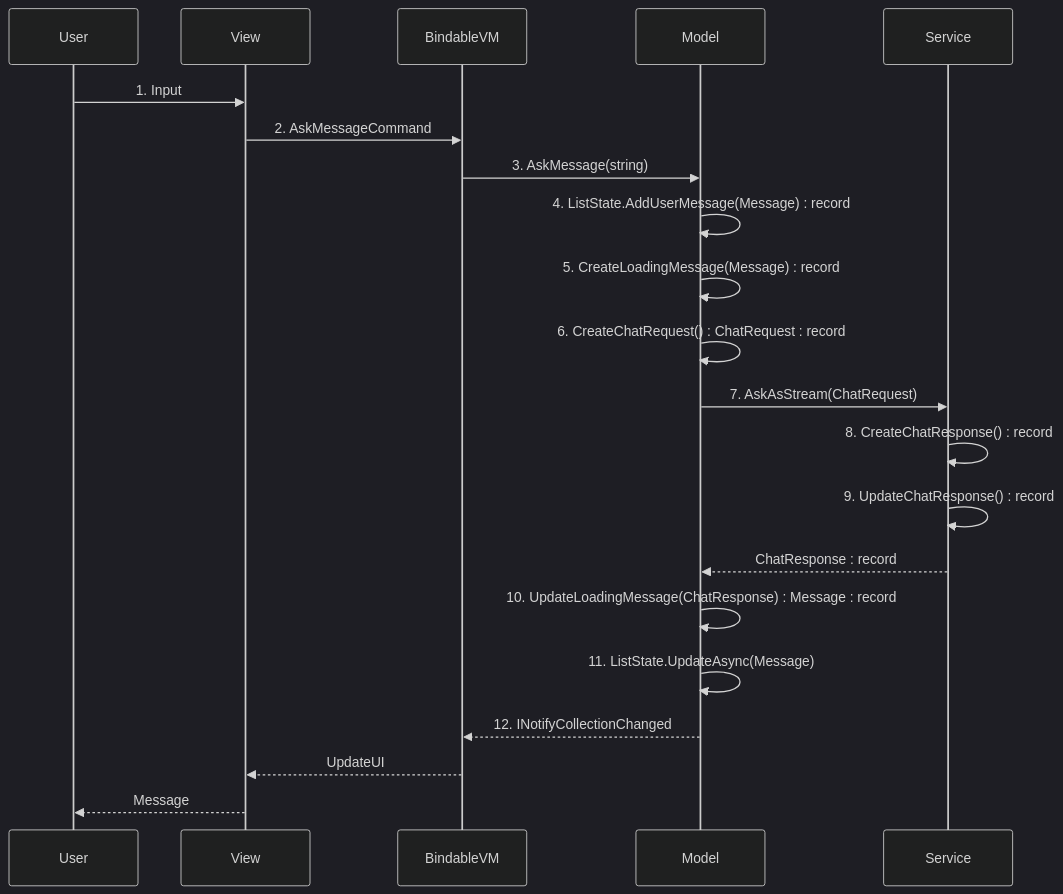
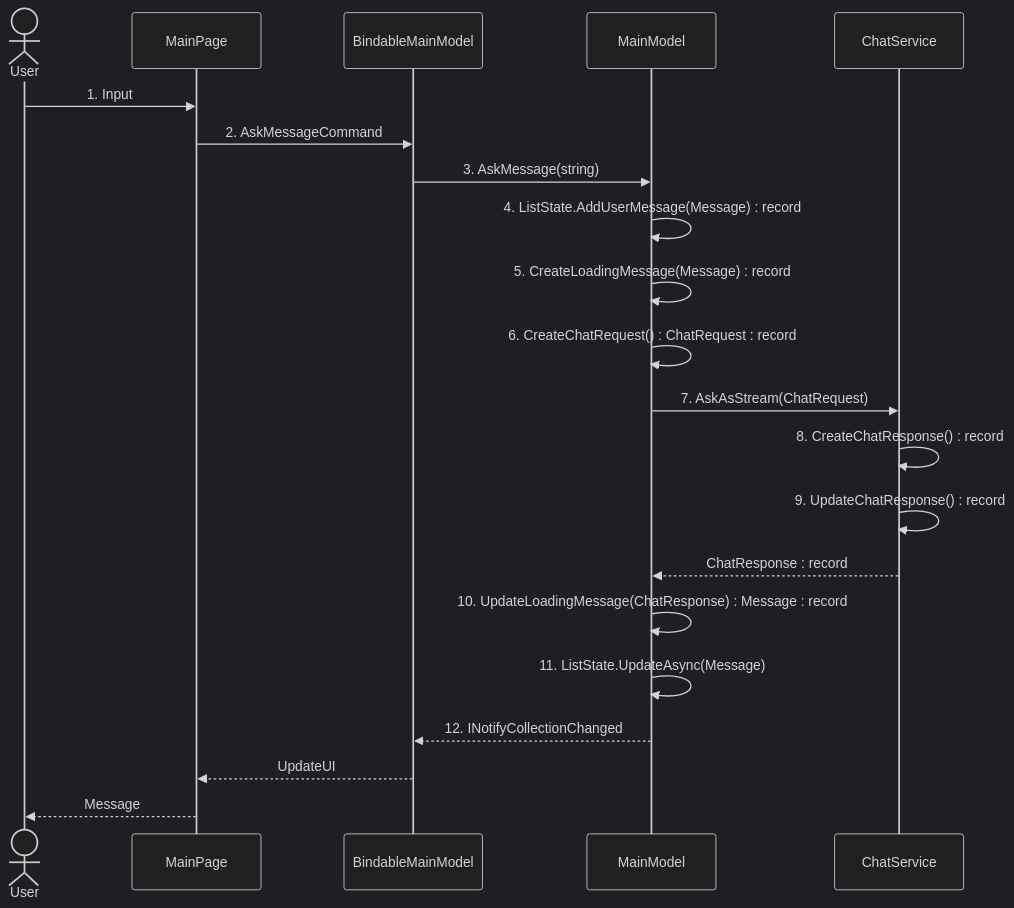
The diagram in UI/ChatGPT/README.md (unoplatform/Uno.Samples), drawn with Mermaid (dark theme) before and after one commit. The commit also changed other lines of this file, not shown here.

Commit message:
chore: Update diagram entities name

````diff
--- a/UI/ChatGPT/README.md
+++ b/UI/ChatGPT/README.md
@@ -104,24 +102,24 @@
 ```mermaid
 sequenceDiagram
-    participant User as User
-    participant View as View
-    participant BindableVM as BindableVM
-    participant Model as Model
-    participant Service as Service
+    actor User as User
+    participant MainPage as MainPage
+    participant BindableMainModel as BindableMainModel
+    participant MainModel as MainModel
+    participant ChatService as ChatService
 
-    User->>View: 1. Input
-    View->>BindableVM: 2. AskMessageCommand
-    BindableVM->>Model: 3. AskMessage(string)
-    Model->>Model: 4. ListState.AddUserMessage(Message) : record
-    Model->>Model: 5. CreateLoadingMessage(Message) : record
-    Model->>Model: 6. CreateChatRequest() : ChatRequest : record
-    Model->>Service: 7. AskAsStream(ChatRequest)
-    Service->>Service: 8. CreateChatResponse() : record
-    Service->>Service: 9. UpdateChatResponse() : record
-    Service-->>Model: ChatResponse : record
-    Model->>Model: 10. UpdateLoadingMessage(ChatResponse) : Message : record
-    Model->>Model: 11. ListState.UpdateAsync(Message)
-    Model-->>BindableVM: 12. INotifyCollectionChanged
-    BindableVM-->>View: UpdateUI
-    View-->>User: Message
+    User->>MainPage: 1. Input
+    MainPage->>BindableMainModel: 2. AskMessageCommand
+    BindableMainModel->>MainModel: 3. AskMessage(string)
+    MainModel->>MainModel: 4. ListState.AddUserMessage(Message) : record
+    MainModel->>MainModel: 5. CreateLoadingMessage(Message) : record
+    MainModel->>MainModel: 6. CreateChatRequest() : ChatRequest : record
+    MainModel->>ChatService: 7. AskAsStream(ChatRequest)
+    ChatService->>ChatService: 8. CreateChatResponse() : record
+    ChatService->>ChatService: 9. UpdateChatResponse() : record
+    ChatService-->>MainModel: ChatResponse : record
+    MainModel->>MainModel: 10. UpdateLoadingMessage(ChatResponse) : Message : record
+    MainModel->>MainModel: 11. ListState.UpdateAsync(Message)
+    MainModel-->>BindableMainModel: 12. INotifyCollectionChanged
+    BindableMainModel-->>MainPage: UpdateUI
+    MainPage-->>User: Message
 ```
````
